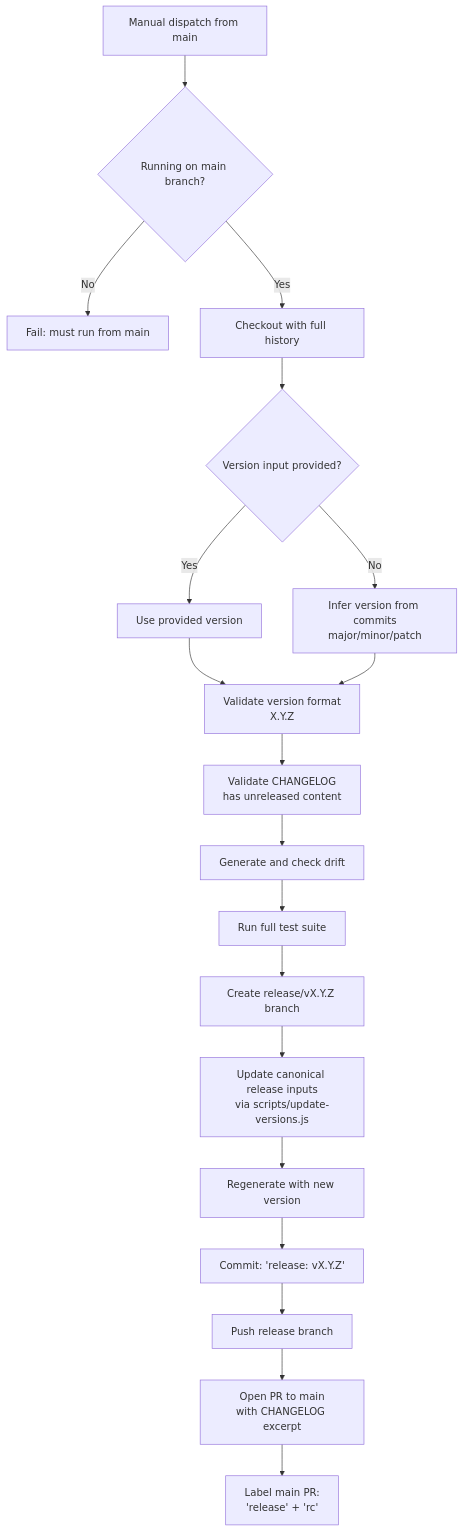
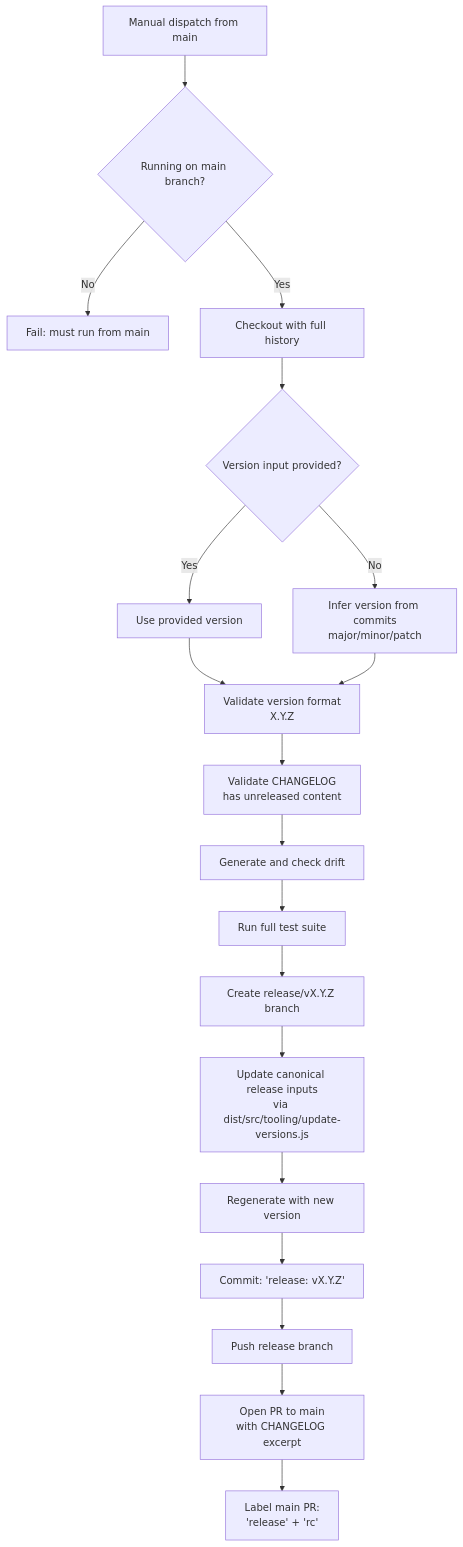
Before and after one commit to josstei/maestro-orchestrate: the sixth of 10 diagrams in docs/cicd.md, drawn with Mermaid. The commit also changed other lines of this file and 742 other files, not shown here.

Commit message:
refactor: land typescript dist runtime architecture

````diff
--- a/docs/cicd.md
+++ b/docs/cicd.md
@@ -325,21 +325,21 @@
 ```mermaid
 graph TD
     A["Manual dispatch from main"] --> B{"Running on main branch?"}
     B --> |"No"| C["Fail: must run from main"]
     B --> |"Yes"| D["Checkout with full history"]
     D --> E{"Version input provided?"}
     E --> |"Yes"| F["Use provided version"]
     E --> |"No"| G["Infer version from commits<br/>major/minor/patch"]
     F --> H["Validate version format<br/>X.Y.Z"]
     G --> H
     H --> I["Validate CHANGELOG<br/>has unreleased content"]
     I --> J["Generate and check drift"]
     J --> K["Run full test suite"]
     K --> L["Create release/vX.Y.Z branch"]
-    L --> M["Update canonical release inputs<br/>via scripts/update-versions.js"]
+    L --> M["Update canonical release inputs<br/>via dist/src/tooling/update-versions.js"]
     M --> N["Regenerate with new version"]
     N --> O["Commit: 'release: vX.Y.Z'"]
     O --> P["Push release branch"]
     P --> Q["Open PR to main<br/>with CHANGELOG excerpt"]
     Q --> R["Label main PR:<br/>'release' + 'rc'"]
 ```
````
